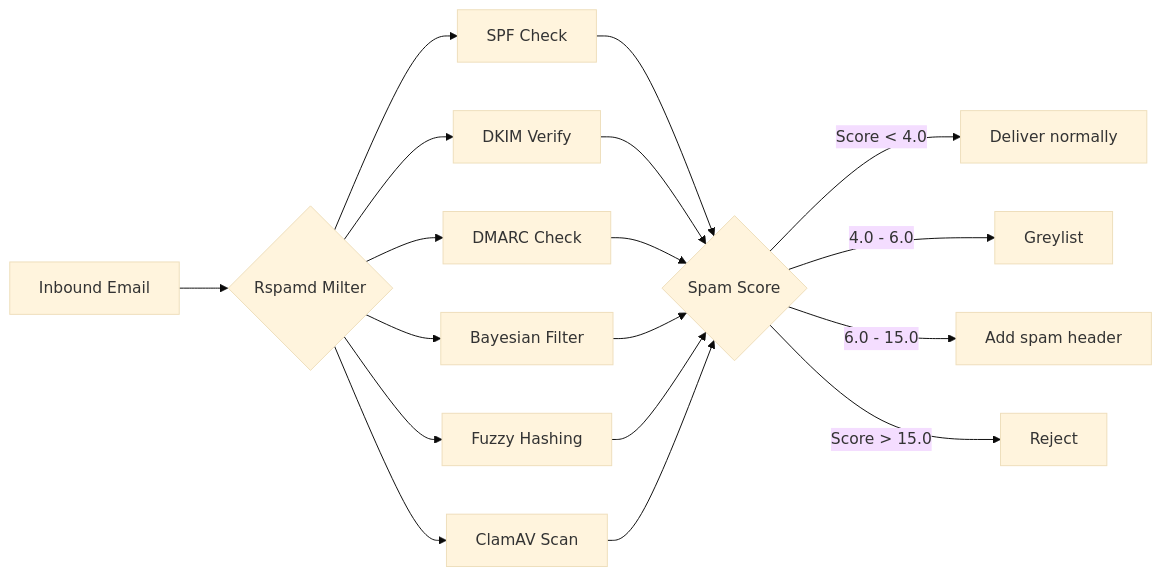
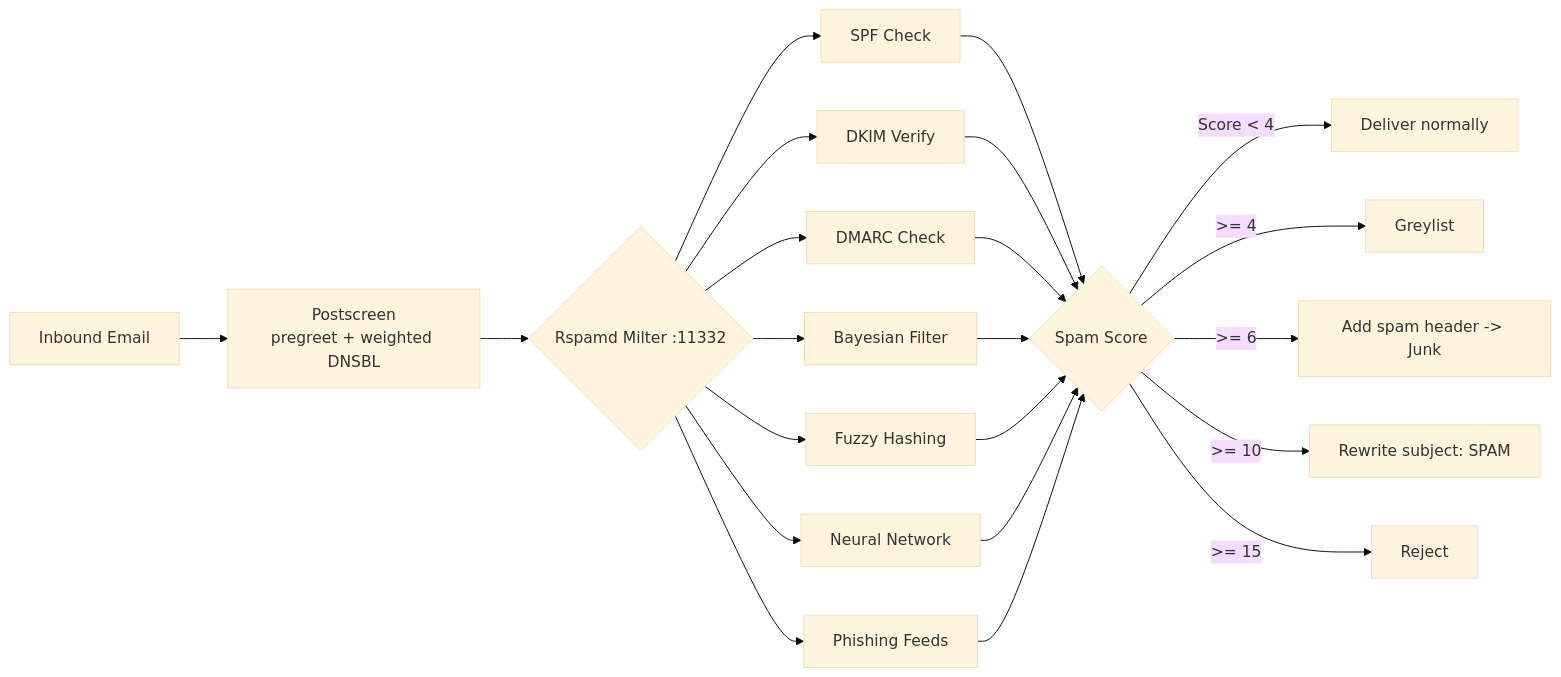
Before and after one commit to Techies-Africa/mailyte-mail-server-community: the diagram in docs/features/anti-spam.md, drawn with Mermaid (base theme). The commit also changed other lines of this file and 481 other files, not shown here.

````diff
--- a/docs/features/anti-spam.md
+++ b/docs/features/anti-spam.md
@@ -9,15 +9,18 @@
 ```mermaid
 flowchart LR
-    A[Inbound Email] --> B{Rspamd Milter}
+    A[Inbound Email] --> P[Postscreen\npregreet + weighted DNSBL]
+    P --> B{Rspamd Milter :11332}
     B --> C[SPF Check]
     B --> D[DKIM Verify]
     B --> E[DMARC Check]
     B --> F[Bayesian Filter]
     B --> G[Fuzzy Hashing]
-    B --> H[ClamAV Scan]
-    C & D & E & F & G & H --> I{Spam Score}
-    I -->|Score < 4.0| J[Deliver normally]
-    I -->|4.0 - 6.0| K[Greylist]
-    I -->|6.0 - 15.0| L[Add spam header]
-    I -->|Score > 15.0| M[Reject]
+    B --> N[Neural Network]
+    B --> PH[Phishing Feeds]
+    C & D & E & F & G & N & PH --> I{Spam Score}
+    I -->|Score < 4| J[Deliver normally]
+    I -->|>= 4| K[Greylist]
+    I -->|>= 6| L[Add spam header -> Junk]
+    I -->|>= 10| M2[Rewrite subject: SPAM]
+    I -->|>= 15| M[Reject]
 ```
````
